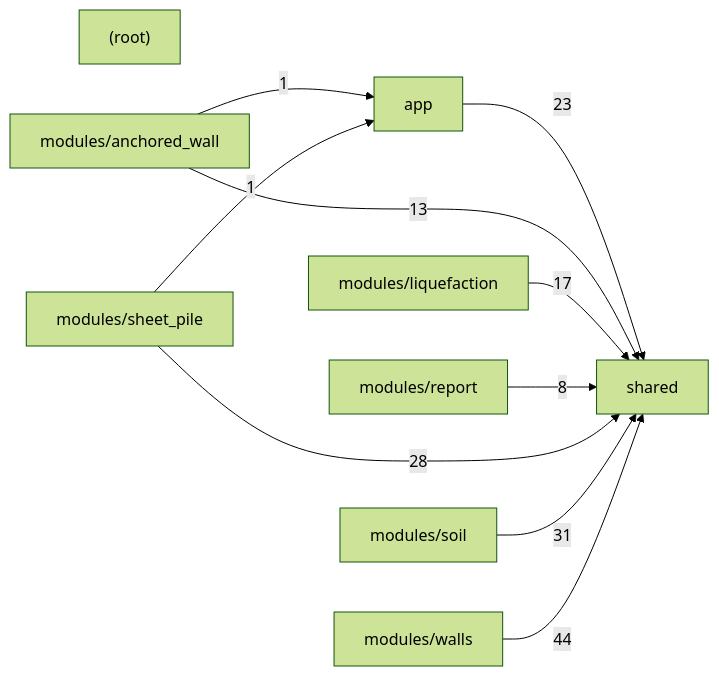
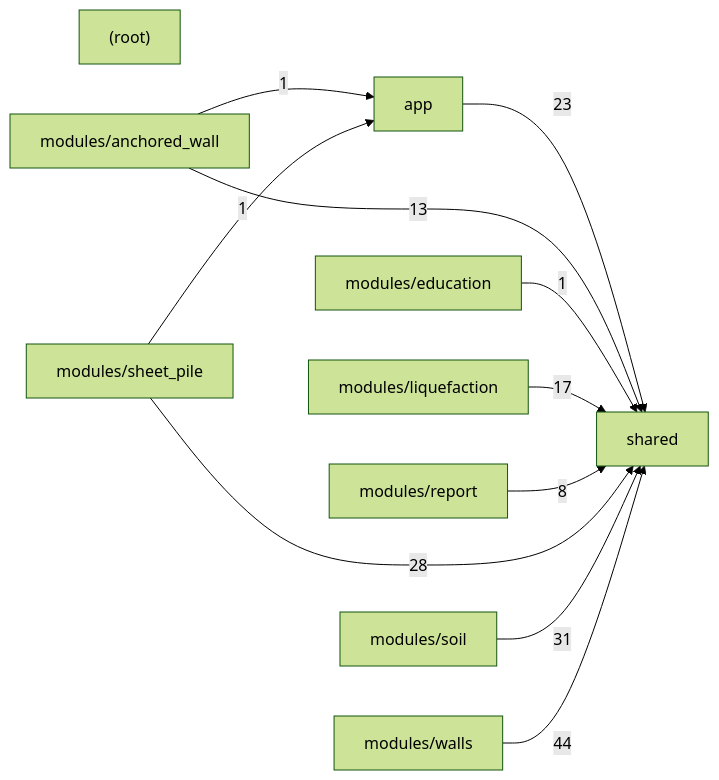
Before and after one commit to umutsertkaya/Foundation_Engineering_Program: the second of 2 diagrams in docs/CODE_MAP.md, drawn with Mermaid (forest theme). The commit also changed other lines of this file and 25 other files, not shown here.

````diff
--- a/docs/CODE_MAP.md
+++ b/docs/CODE_MAP.md
@@ -597,21 +608,23 @@
 ```mermaid
 graph LR
   _root_["(root)"]
   app["app"]
   modules_anchored_wall["modules/anchored_wall"]
+  modules_education["modules/education"]
   modules_liquefaction["modules/liquefaction"]
   modules_report["modules/report"]
   modules_sheet_pile["modules/sheet_pile"]
   modules_soil["modules/soil"]
   modules_walls["modules/walls"]
   shared["shared"]
   app -->|23| shared
   modules_anchored_wall -->|1| app
   modules_anchored_wall -->|13| shared
+  modules_education -->|1| shared
   modules_liquefaction -->|17| shared
   modules_report -->|8| shared
   modules_sheet_pile -->|1| app
   modules_sheet_pile -->|28| shared
   modules_soil -->|31| shared
   modules_walls -->|44| shared
 ```
````
